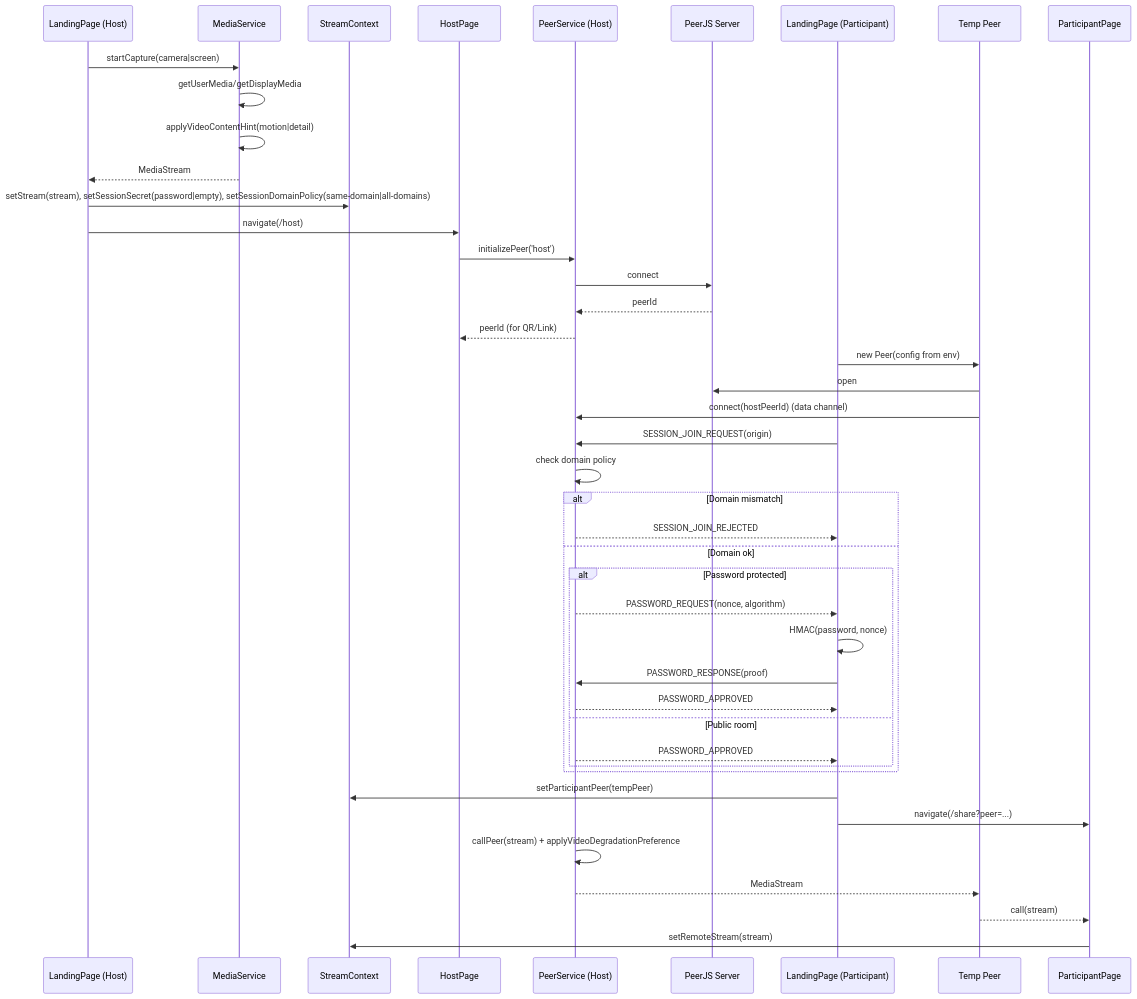
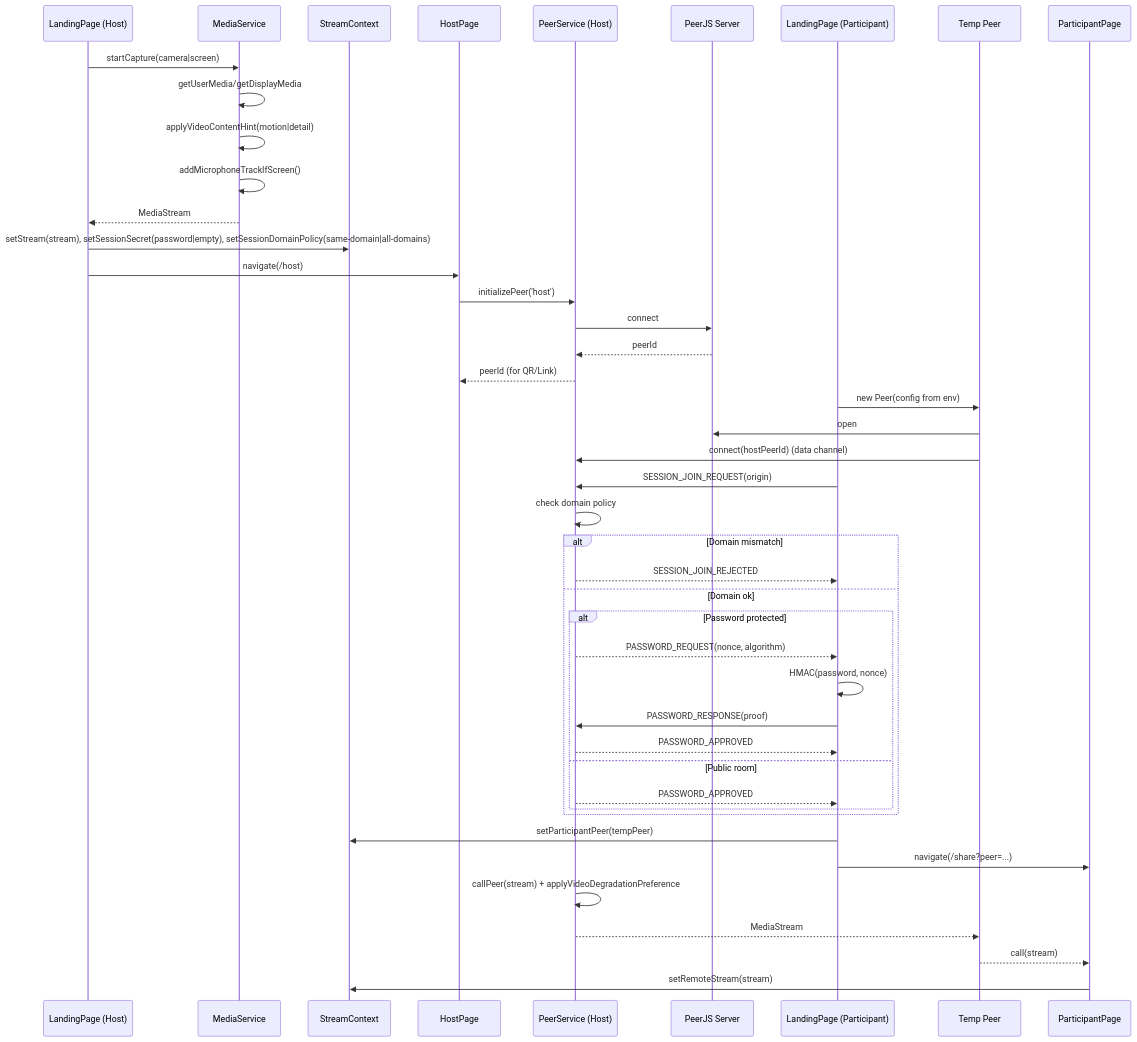
Before and after one commit to BackGwa/Perspective: the first of 9 diagrams in ARCHITECTURE.md, drawn with Mermaid. The commit also changed other lines of this file, not shown here.

Commit message:
Update ARCHITECTURE.md for microphone track addition

````diff
--- a/ARCHITECTURE.md
+++ b/ARCHITECTURE.md
@@ -8,50 +8,51 @@
 ```mermaid
 sequenceDiagram
     participant HostLP as LandingPage (Host)
     participant MS as MediaService
     participant SC as StreamContext
     participant HostPage as HostPage
     participant PS as PeerService (Host)
     participant Server as PeerJS Server
     participant PartLP as LandingPage (Participant)
     participant PPeer as Temp Peer
     participant PartPage as ParticipantPage
 
     HostLP->>MS: startCapture(camera|screen)
     MS->>MS: getUserMedia/getDisplayMedia
     MS->>MS: applyVideoContentHint(motion|detail)
+    MS->>MS: addMicrophoneTrackIfScreen()
     MS-->>HostLP: MediaStream
     HostLP->>SC: setStream(stream), setSessionSecret(password|empty), setSessionDomainPolicy(same-domain|all-domains)
     HostLP->>HostPage: navigate(/host)
 
     HostPage->>PS: initializePeer('host')
     PS->>Server: connect
     Server-->>PS: peerId
     PS-->>HostPage: peerId (for QR/Link)
 
     PartLP->>PPeer: new Peer(config from env)
     PPeer->>Server: open
     PPeer->>PS: connect(hostPeerId) (data channel)
     PartLP->>PS: SESSION_JOIN_REQUEST(origin)
     PS->>PS: check domain policy
 
     alt Domain mismatch
         PS-->>PartLP: SESSION_JOIN_REJECTED
     else Domain ok
         alt Password protected
             PS-->>PartLP: PASSWORD_REQUEST(nonce, algorithm)
             PartLP->>PartLP: HMAC(password, nonce)
             PartLP->>PS: PASSWORD_RESPONSE(proof)
             PS-->>PartLP: PASSWORD_APPROVED
         else Public room
             PS-->>PartLP: PASSWORD_APPROVED
         end
     end
 
     PartLP->>SC: setParticipantPeer(tempPeer)
     PartLP->>PartPage: navigate(/share?peer=...)
     PS->>PS: callPeer(stream) + applyVideoDegradationPreference
     PS-->>PPeer: MediaStream
     PPeer-->>PartPage: call(stream)
     PartPage->>SC: setRemoteStream(stream)
 ```
````
